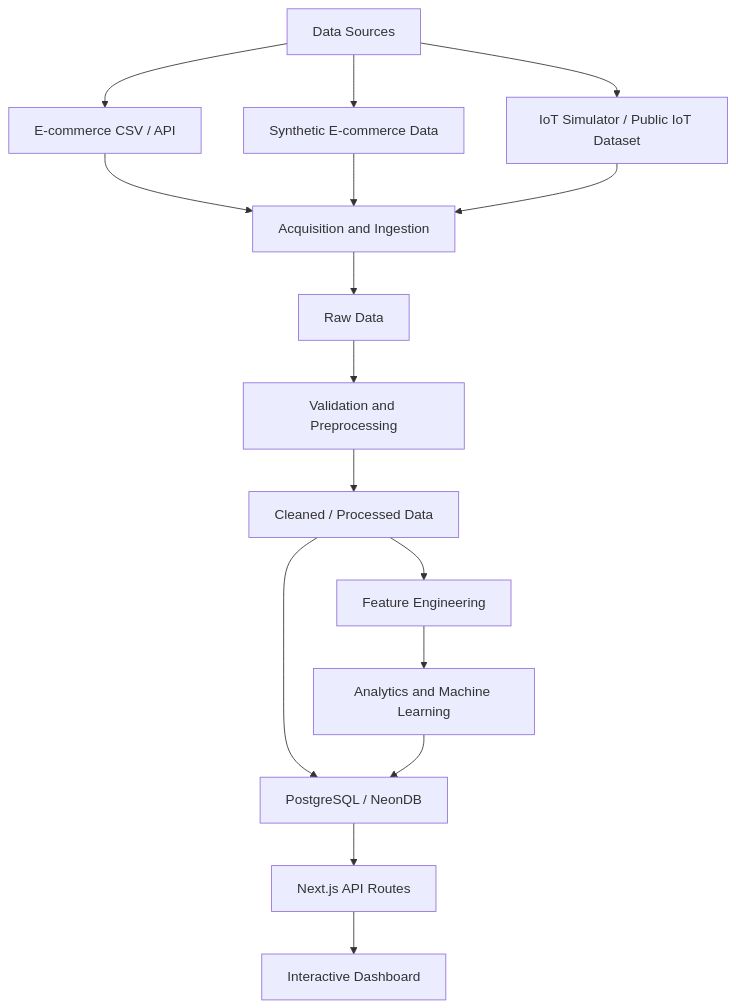
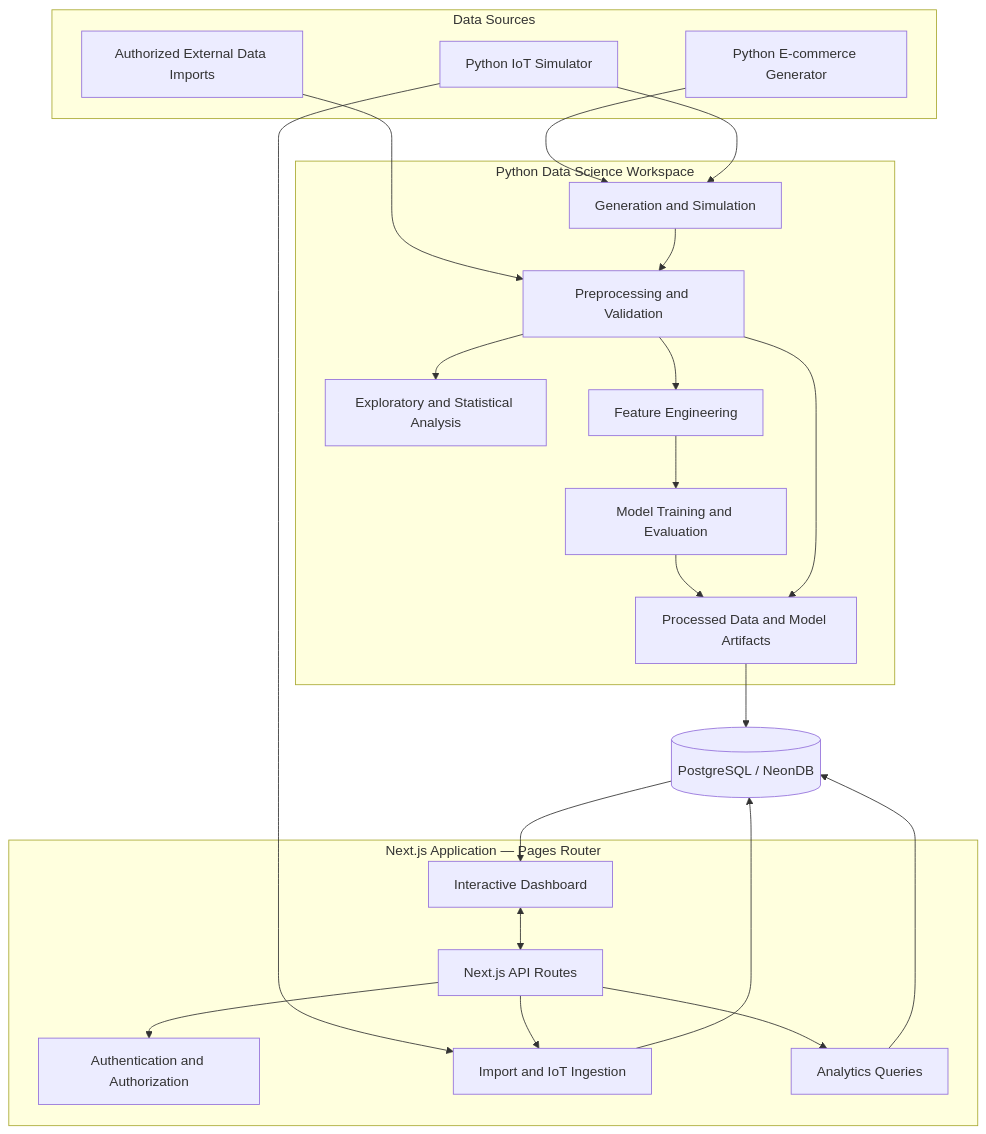
Before and after one commit to RomanoBoldrin/ecommerce-intelligence: the first of 3 diagrams in docs/ARCHITECTURE.md, drawn with Mermaid. The commit also changed other lines of this file and 6 other files, not shown here.

````diff
--- a/docs/ARCHITECTURE.md
+++ b/docs/ARCHITECTURE.md
@@ -52,33 +22,47 @@
 ```mermaid
-flowchart TD
-    A["Data Sources"]
-    A1["E-commerce CSV / API"]
-    A2["Synthetic E-commerce Data"]
-    A3["IoT Simulator / Public IoT Dataset"]
+flowchart TB
+    subgraph Sources["Data Sources"]
+        EG["Python E-commerce Generator"]
+        IS["Python IoT Simulator"]
+        EXT["Authorized External Data Imports"]
+    end
 
-    B["Acquisition and Ingestion"]
-    C["Raw Data"]
-    D["Validation and Preprocessing"]
-    E["Cleaned / Processed Data"]
-    F["Feature Engineering"]
-    G["Analytics and Machine Learning"]
-    H["PostgreSQL / NeonDB"]
-    I["Next.js API Routes"]
-    J["Interactive Dashboard"]
+    subgraph DS["Python Data Science Workspace"]
+        GEN["Generation and Simulation"]
+        PRE["Preprocessing and Validation"]
+        ANA["Exploratory and Statistical Analysis"]
+        FE["Feature Engineering"]
+        ML["Model Training and Evaluation"]
+        OUT["Processed Data and Model Artifacts"]
+    end
 
-    A --> A1
-    A --> A2
-    A --> A3
-    A1 --> B
-    A2 --> B
-    A3 --> B
-    B --> C
-    C --> D
-    D --> E
-    E --> F
-    F --> G
-    E --> H
-    G --> H
-    H --> I
-    I --> J
+    subgraph APP["Next.js Application — Pages Router"]
+        UI["Interactive Dashboard"]
+        API["Next.js API Routes"]
+        AUTH["Authentication and Authorization"]
+        ING["Import and IoT Ingestion"]
+        QRY["Analytics Queries"]
+    end
+
+    DB[("PostgreSQL / NeonDB")]
+
+    EG --> GEN
+    IS --> GEN
+    EXT --> PRE
+    GEN --> PRE
+    PRE --> ANA
+    PRE --> FE
+    FE --> ML
+    ML --> OUT
+    PRE --> OUT
+
+    OUT --> DB
+    IS --> ING
+    UI <--> API
+    API --> AUTH
+    API --> ING
+    API --> QRY
+    ING --> DB
+    QRY --> DB
+    DB --> UI
 ```
````
